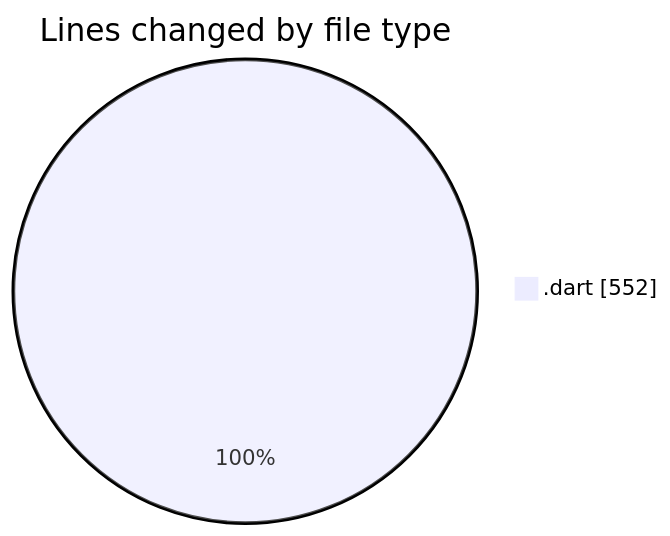
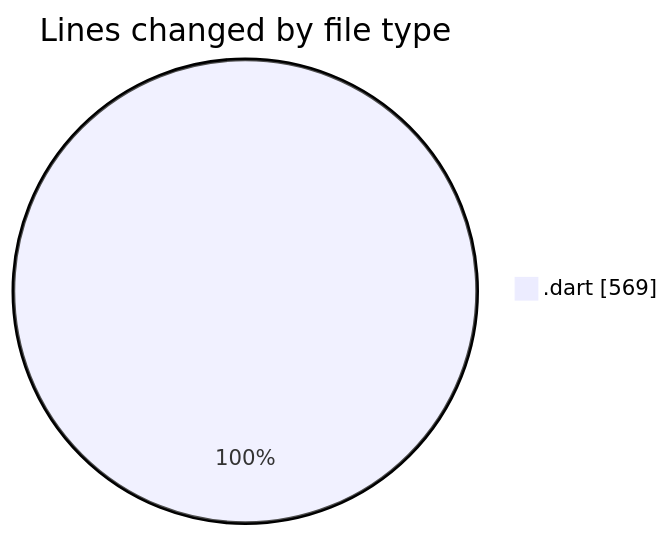
One commit to donsfak/code-tracking changed the first of 2 diagrams in 2025-01-14/trackers_app/README.md. Above: the diagram before and after it, drawn with Mermaid. The commit also changed other lines of this file and 1 other file, not shown here.

````diff
--- a/2025-01-14/trackers_app/README.md
+++ b/2025-01-14/trackers_app/README.md
@@ -27,5 +27,5 @@
 ```mermaid
 pie showData
 title Lines changed by file type
-".dart" : 552
+".dart" : 569
 ```
````
